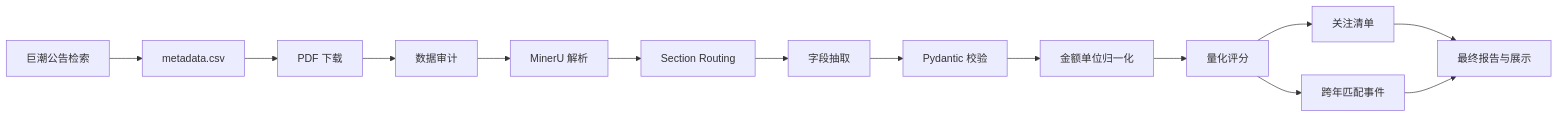
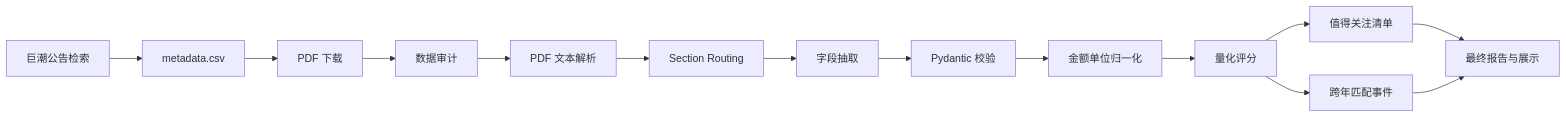
One commit to magu334/zuoye changed the diagram in ppt_project_steps_zh.md. Above: the diagram before and after it, drawn with Mermaid. The commit also changed other lines of this file and 47 other files, not shown here.

````diff
--- a/ppt_project_steps_zh.md
+++ b/ppt_project_steps_zh.md
@@ -30,16 +27,16 @@
 ```mermaid
 flowchart LR
     A["巨潮公告检索"] --> B["metadata.csv"]
     B --> C["PDF 下载"]
     C --> D["数据审计"]
-    D --> E["MinerU 解析"]
+    D --> E["PDF 文本解析"]
     E --> F["Section Routing"]
     F --> G["字段抽取"]
     G --> H["Pydantic 校验"]
     H --> I["金额单位归一化"]
     I --> J["量化评分"]
-    J --> K["关注清单"]
+    J --> K["值得关注清单"]
     J --> L["跨年匹配事件"]
     K --> M["最终报告与展示"]
     L --> M
 ```
````
